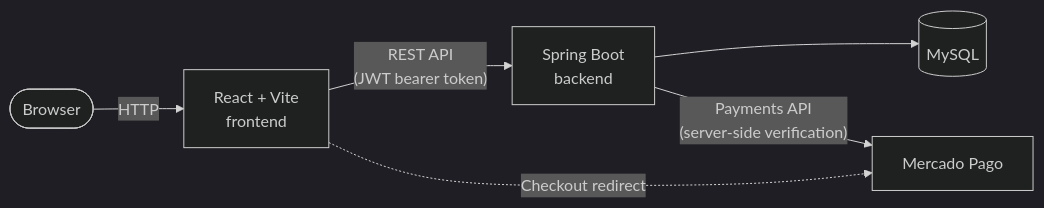
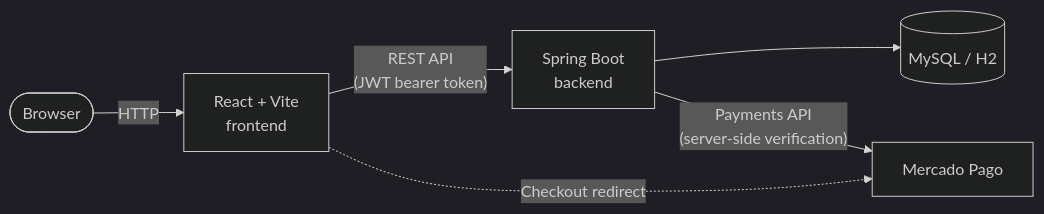
One commit to FlorGubiotti/Tienda_de_Instrumentos changed the diagram in README.md. Above: the diagram before and after it, drawn with Mermaid (dark theme). The commit also changed other lines of this file and 1 other file, not shown here.

First line of the commit message:
docs: mention H2 alongside MySQL now that the prod profile exists

````diff
--- a/README.md
+++ b/README.md
@@ -21,8 +21,8 @@
 ```mermaid
 flowchart LR
     User(["Browser"]) -->|HTTP| FE["React + Vite\nfrontend"]
     FE -->|"REST API\n(JWT bearer token)"| BE["Spring Boot\nbackend"]
-    BE --> DB[("MySQL")]
+    BE --> DB[("MySQL / H2")]
     BE -->|"Payments API\n(server-side verification)"| MP["Mercado Pago"]
     FE -.->|"Checkout redirect"| MP
 ```
````
